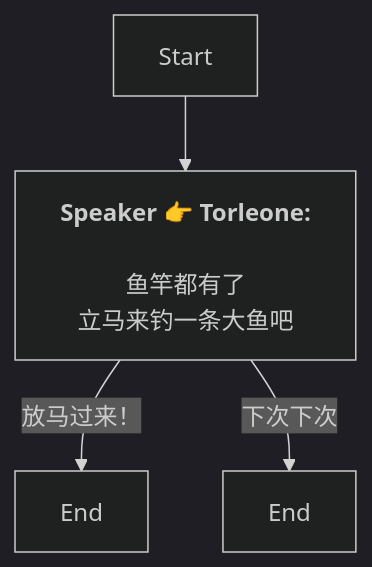
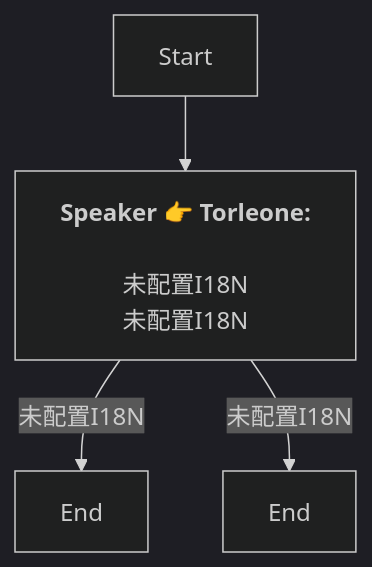
Before and after one commit to SoftHu/tos_avg: the diagram in Zh/QuestTalkObjectiveNode_1773743977326919.md, drawn with Mermaid (dark theme). The commit also changed 780 other files, not shown here.

````diff
--- a/Zh/QuestTalkObjectiveNode_1773743977326919.md
+++ b/Zh/QuestTalkObjectiveNode_1773743977326919.md
@@ -1,8 +1,8 @@
 ```mermaid
 graph
 Start -->1773744128923981[<b>Speaker 👉 Torleone:</b>
-\n鱼竿都有了\n立马来钓一条大鱼吧]
-1773744128923981 -->|放马过来！|1773744110459211[End]
-1773744128923981 -->|下次下次|1773744113804620[End]
+\n未配置I18N\n未配置I18N]
+1773744128923981 -->|未配置I18N|1773744113804620[End]
+1773744128923981 -->|未配置I18N|1773744110459211[End]
 
 ```
````
